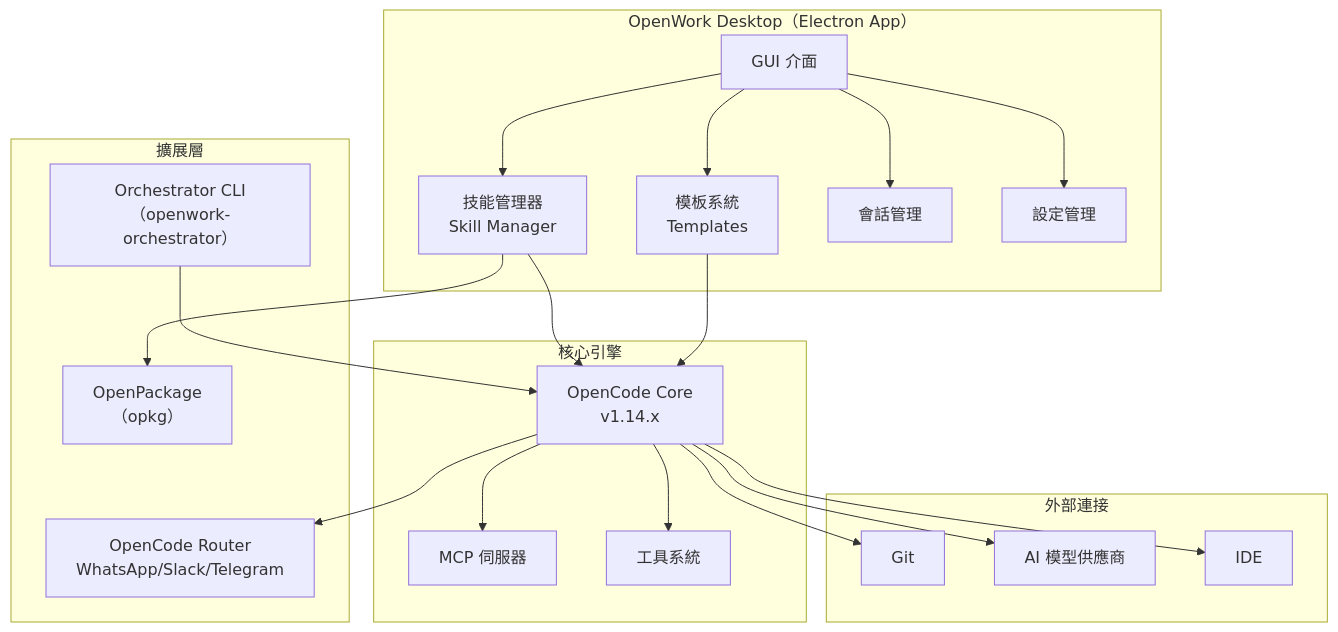
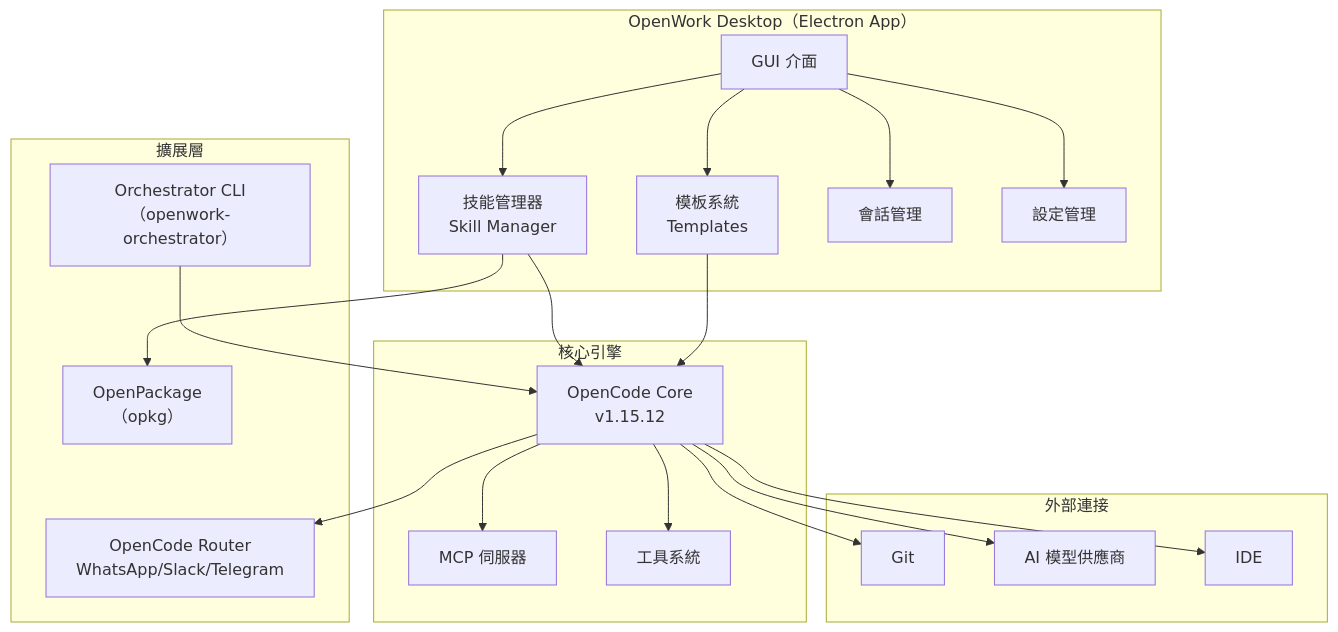
One commit to chihhung/Blog changed diagram 35 of 51 in content/posts/教學/AI開發/opencode生態系教學手冊.md. Above: the diagram before and after it, drawn with Mermaid. The commit also changed other lines of this file and 12 other files, not shown here.

````diff
--- a/content/posts/教學/AI開發/opencode生態系教學手冊.md
+++ b/content/posts/教學/AI開發/opencode生態系教學手冊.md
@@ -6319,43 +6384,43 @@
 ```mermaid
 graph TB
     subgraph "OpenWork Desktop（Electron App）"
         UI["GUI 介面"]
         SM["技能管理器<br/>Skill Manager"]
         TP["模板系統<br/>Templates"]
         Session["會話管理"]
         Settings["設定管理"]
     end
 
     subgraph "核心引擎"
-        OC["OpenCode Core<br/>v1.14.x"]
+        OC["OpenCode Core<br/>v1.15.12"]
         MCP["MCP 伺服器"]
         Tools["工具系統"]
     end
 
     subgraph "擴展層"
         OPKG["OpenPackage<br/>（opkg）"]
         Router["OpenCode Router<br/>WhatsApp/Slack/Telegram"]
         Orch["Orchestrator CLI<br/>（openwork-orchestrator）"]
     end
 
     subgraph "外部連接"
         Git["Git"]
         LLM["AI 模型供應商"]
         IDE["IDE"]
     end
 
     UI --> SM
     UI --> TP
     UI --> Session
     UI --> Settings
     SM --> OC
     TP --> OC
     OC --> MCP
     OC --> Tools
     SM --> OPKG
     OC --> Router
     Orch --> OC
     OC --> Git
     OC --> LLM
     OC --> IDE
 ```
````
